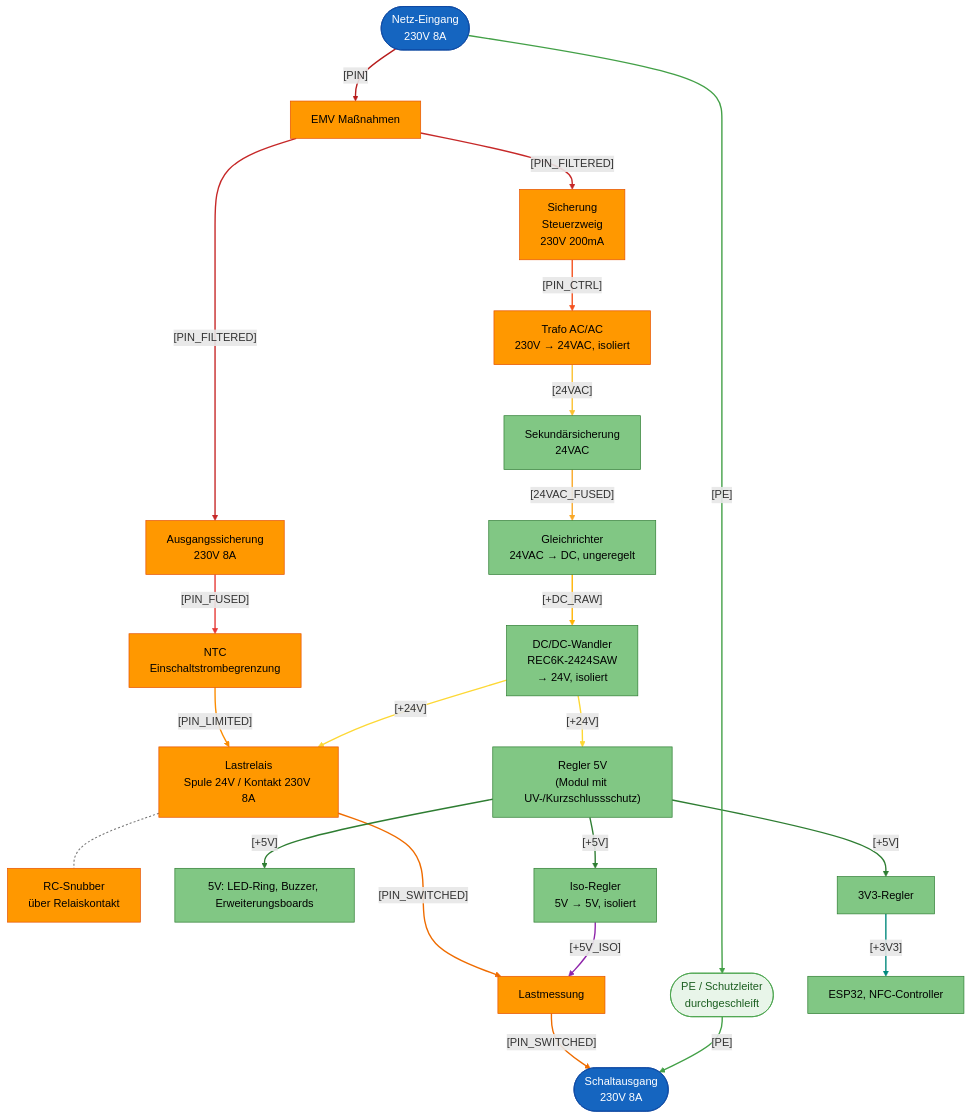
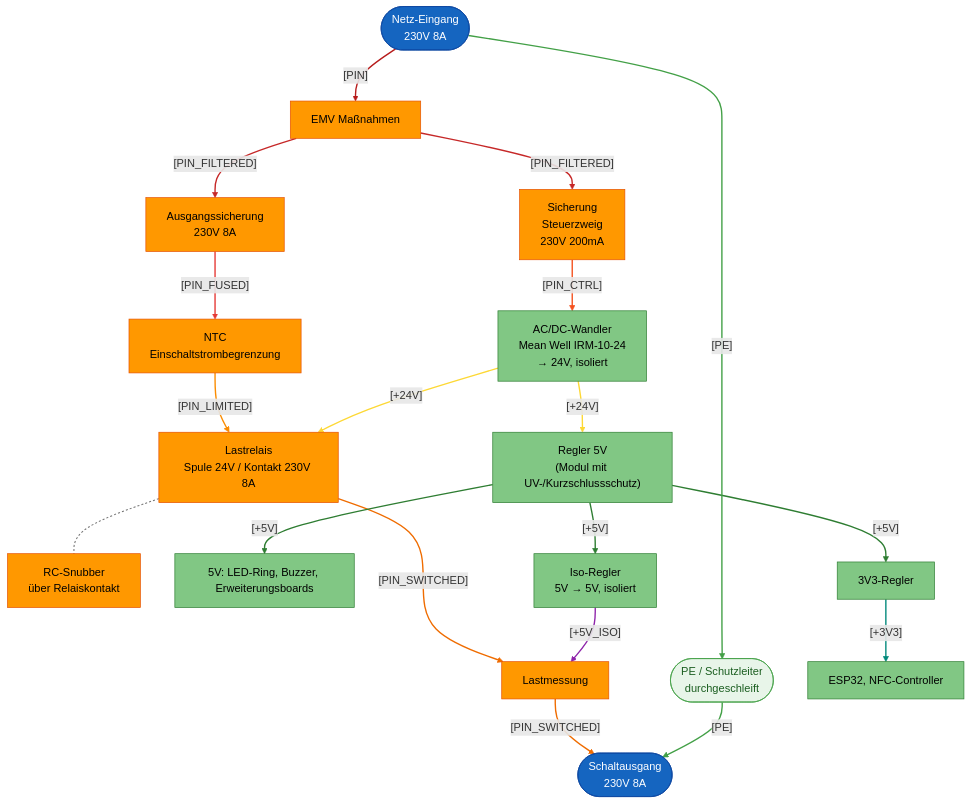
Before and after one commit to FREILab/easyVerwaltungHardware: the second of 3 diagrams in hardware/projects/RFID_BOX/README.md, drawn with Mermaid. The commit also changed other lines of this file and 1 other file, not shown here.

````diff
--- a/hardware/projects/RFID_BOX/README.md
+++ b/hardware/projects/RFID_BOX/README.md
@@ -179,71 +183,62 @@
 ```mermaid
 flowchart TB
     NETZ([Netz-Eingang<br/>230V 8A])
     EMV["EMV Maßnahmen"]
     FLAST["Ausgangssicherung<br/>230V 8A"]
     NTC[NTC<br/>Einschaltstrombegrenzung]
     REL["Lastrelais<br/>Spule 24V / Kontakt 230V 8A"]
     SNUB["RC-Snubber<br/>über Relaiskontakt"]
     MESS[Lastmessung]
     OUT([Schaltausgang <br/>230V 8A])
     PE([PE / Schutzleiter<br/>durchgeschleift])
 
     FSTEUER[Sicherung<br/>Steuerzweig<br/>230V 200mA]
-    TRAFO["Trafo AC/AC<br/>230V → 24VAC, isoliert"]
-    FSEK[Sekundärsicherung<br/>24VAC]
-    GLEICH["Gleichrichter<br/>24VAC → DC, ungeregelt"]
-    DCDC["DC/DC-Wandler<br/>REC6K-2424SAW<br/>→ 24V, isoliert"]
+    ACDC["AC/DC-Wandler<br/>Mean Well IRM-10-24<br/>→ 24V, isoliert"]
     REG5V["Regler 5V<br/>(Modul mit UV-/Kurzschlussschutz)"]
     V5[5V: LED-Ring, Buzzer, Erweiterungsboards]
     V33[3V3-Regler]
     LOGIK[ESP32, NFC-Controller]
     ISO5V["Iso-Regler<br/>5V → 5V, isoliert"]
 
     NETZ -->|"[PIN]"| EMV
     EMV -->|"[PIN_FILTERED]"| FLAST
     FLAST -->|"[PIN_FUSED]"| NTC
     NTC -->|"[PIN_LIMITED]"| REL
     REL -->|"[PIN_SWITCHED]"| MESS
     MESS -->|"[PIN_SWITCHED]"| OUT
     REL -.- SNUB
     EMV -->|"[PIN_FILTERED]"| FSTEUER
-    FSTEUER -->|"[PIN_CTRL]"| TRAFO
-    TRAFO -->|"[24VAC]"| FSEK
-    FSEK -->|"[24VAC_FUSED]"| GLEICH
-    GLEICH -->|"[+DC_RAW]"| DCDC
-    DCDC -->|"[+24V]"| REG5V
-    DCDC -->|"[+24V]"| REL
+    FSTEUER -->|"[PIN_CTRL]"| ACDC
+    ACDC -->|"[+24V]"| REG5V
+    ACDC -->|"[+24V]"| REL
     REG5V -->|"[+5V]"| V5
     REG5V -->|"[+5V]"| V33
     V33 -->|"[+3V3]"| LOGIK
     REG5V -->|"[+5V]"| ISO5V
     ISO5V -->|"[+5V_ISO]"| MESS
     NETZ -->|"[PE]"| PE
     PE -->|"[PE]"| OUT
 
     linkStyle 0 stroke:#b71c1c,stroke-width:2px
     linkStyle 1,7 stroke:#c62828,stroke-width:2px
     linkStyle 2 stroke:#e53935,stroke-width:2px
     linkStyle 3 stroke:#fb8c00,stroke-width:2px
     linkStyle 4,5 stroke:#ef6c00,stroke-width:2px
     linkStyle 6 stroke:#757575,stroke-width:1.5px,stroke-dasharray:3 3
     linkStyle 8 stroke:#f4511e,stroke-width:2px
-    linkStyle 9 stroke:#fbc02d,stroke-width:2px
-    linkStyle 10 stroke:#f9a825,stroke-width:2px
-    linkStyle 11 stroke:#ffb300,stroke-width:2px
-    linkStyle 12,13 stroke:#fdd835,stroke-width:2px
-    linkStyle 14,15,17 stroke:#2e7d32,stroke-width:2px
-    linkStyle 16 stroke:#00897b,stroke-width:2px
-    linkStyle 18 stroke:#8e24aa,stroke-width:2px
-    linkStyle 19,20 stroke:#43a047,stroke-width:2px
+    linkStyle 9,10 stroke:#fdd835,stroke-width:2px
+    linkStyle 11,12,14 stroke:#2e7d32,stroke-width:2px
+    linkStyle 13 stroke:#00897b,stroke-width:2px
+    linkStyle 15 stroke:#8e24aa,stroke-width:2px
+    linkStyle 16,17 stroke:#43a047,stroke-width:2px
 
     classDef term230 fill:#1565c0,color:#fff,stroke:#0d47a1
     classDef part230 fill:#ff9800,color:#000,stroke:#e65100
     classDef partSELV fill:#81c784,color:#000,stroke:#2e7d32
     classDef pe fill:#e8f5e9,color:#1b5e20,stroke:#43a047
 
     class NETZ,OUT term230
-    class FLAST,REL,MESS,FSTEUER,TRAFO,EMV,NTC,SNUB part230
-    class GLEICH,DCDC,REG5V,FSEK,V5,V33,LOGIK,ISO5V partSELV
+    class FLAST,REL,MESS,FSTEUER,EMV,NTC,SNUB part230
+    class ACDC,REG5V,V5,V33,LOGIK,ISO5V partSELV
     class PE pe
 ```
````
